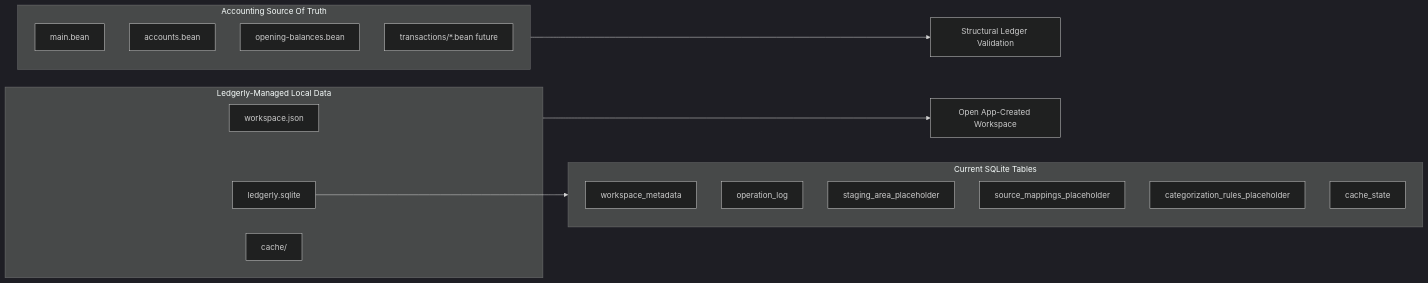
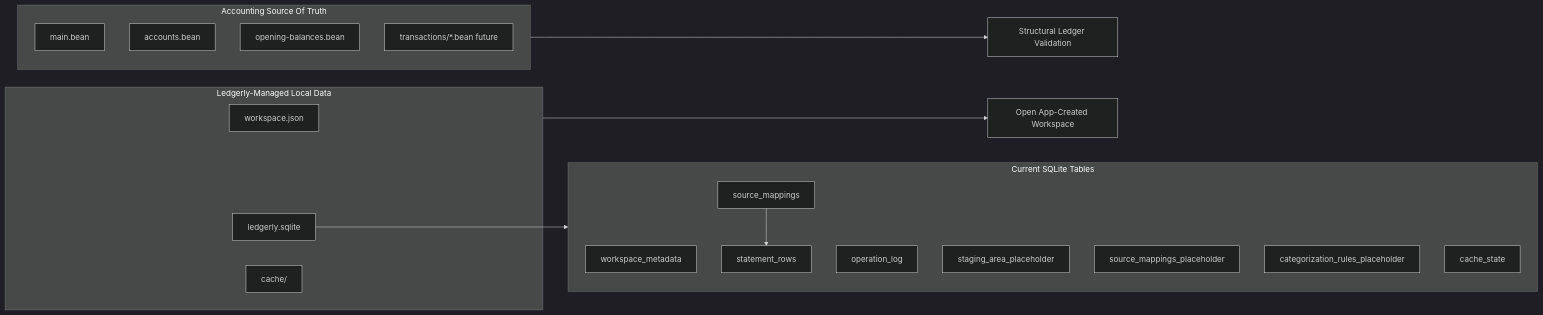
One commit to ryenski/Ledgerly-MVP changed the third of 4 diagrams in docs/architecture.md. Above: the diagram before and after it, drawn with Mermaid (dark theme). The commit also changed other lines of this file and 13 other files, not shown here.

First line of the commit message:
Import Statement Rows with Source Mapping (#20)

````diff
--- a/docs/architecture.md
+++ b/docs/architecture.md
@@ -151,28 +169,31 @@
 ```mermaid
 flowchart LR
   subgraph SourceOfTruth[Accounting Source Of Truth]
     MainBean[main.bean]
     AccountsBean[accounts.bean]
     OpeningBalances[opening-balances.bean]
     FutureMonthly[transactions/*.bean future]
   end
 
   subgraph LedgerlyManaged[Ledgerly-Managed Local Data]
     Manifest[workspace.json]
     Sqlite[ledgerly.sqlite]
     Cache[cache/]
   end
 
   subgraph CurrentSqlite[Current SQLite Tables]
     Metadata[workspace_metadata]
     OperationLog[operation_log]
+    SourceMappings[source_mappings]
+    StatementRows[statement_rows]
     StagingPlaceholder[staging_area_placeholder]
     MappingPlaceholder[source_mappings_placeholder]
     RulesPlaceholder[categorization_rules_placeholder]
     CacheState[cache_state]
   end
 
   SourceOfTruth --> Validation[Structural Ledger Validation]
   LedgerlyManaged --> OpenWorkspace[Open App-Created Workspace]
   Sqlite --> CurrentSqlite
+  SourceMappings --> StatementRows
 ```
````
